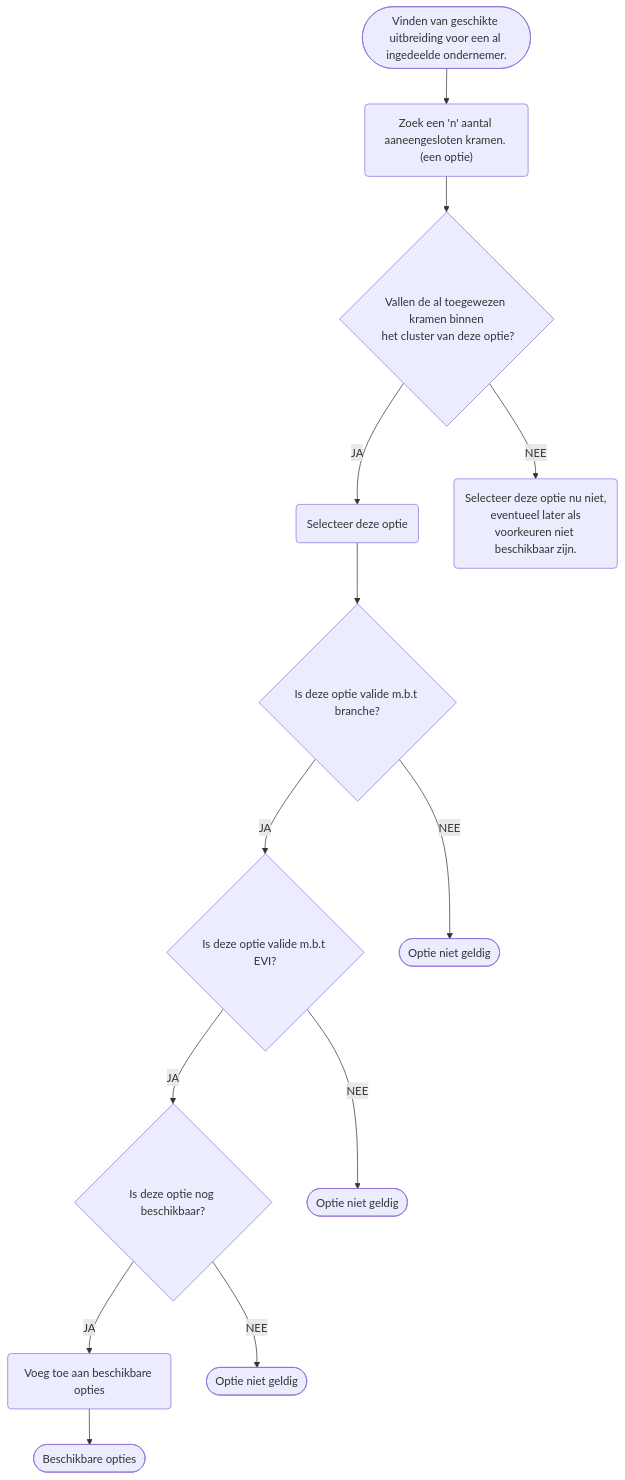
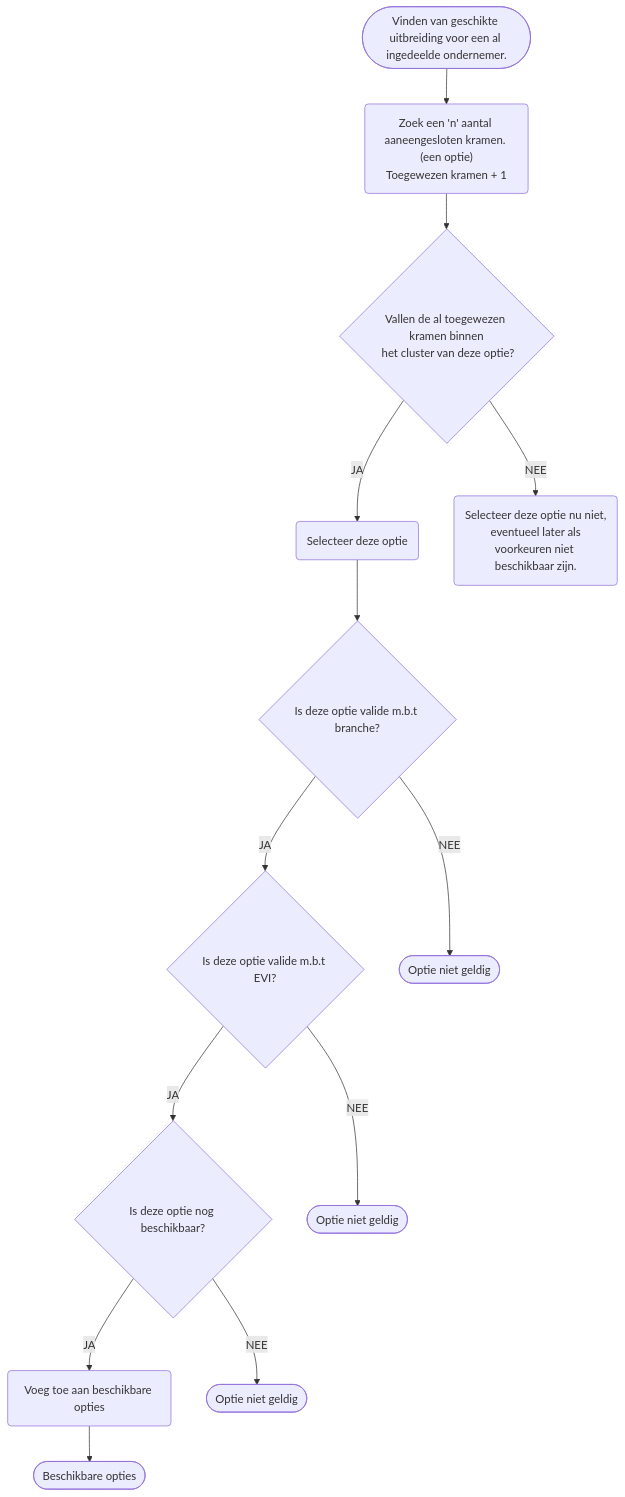
One commit to Amsterdam/makkelijkemarkt-allocation changed the diagram in diagrams/src/vinden_uitbreiding.mmd. Above: the diagram before and after it, drawn with Mermaid. The commit also changed 20 other files, not shown here.

Commit message:
update diagrams

```diff
--- a/diagrams/src/vinden_uitbreiding.mmd
+++ b/diagrams/src/vinden_uitbreiding.mmd
@@ -1,16 +1,16 @@
 graph TD
     A([Vinden van geschikte uitbreiding voor een al ingedeelde ondernemer.]) -->
-    B("Zoek een 'n' aantal aaneengesloten kramen. (een optie)") -->
+    B("Zoek een 'n' aantal aaneengesloten kramen. (een optie)<br>Toegewezen kramen + 1") -->
     C{Vallen de al toegewezen kramen binnen<br> het cluster van deze optie?}
     C --JA--> C1(Selecteer deze optie) --> D
     C --NEE--> C2(Selecteer deze optie nu niet,<br> eventueel later als voorkeuren niet beschikbaar zijn.)
     D{Is deze optie valide m.b.t branche?}
     D --JA--> E
     D --NEE--> D2([Optie niet geldig])
     E{Is deze optie valide m.b.t EVI?}
     E --JA--> F
     E --NEE--> E2([Optie niet geldig])
     F{Is deze optie nog beschikbaar?}
     F --JA--> OK(Voeg toe aan beschikbare opties) --> DONE
     F --NEE--> F2([Optie niet geldig])
     DONE([Beschikbare opties])
```
